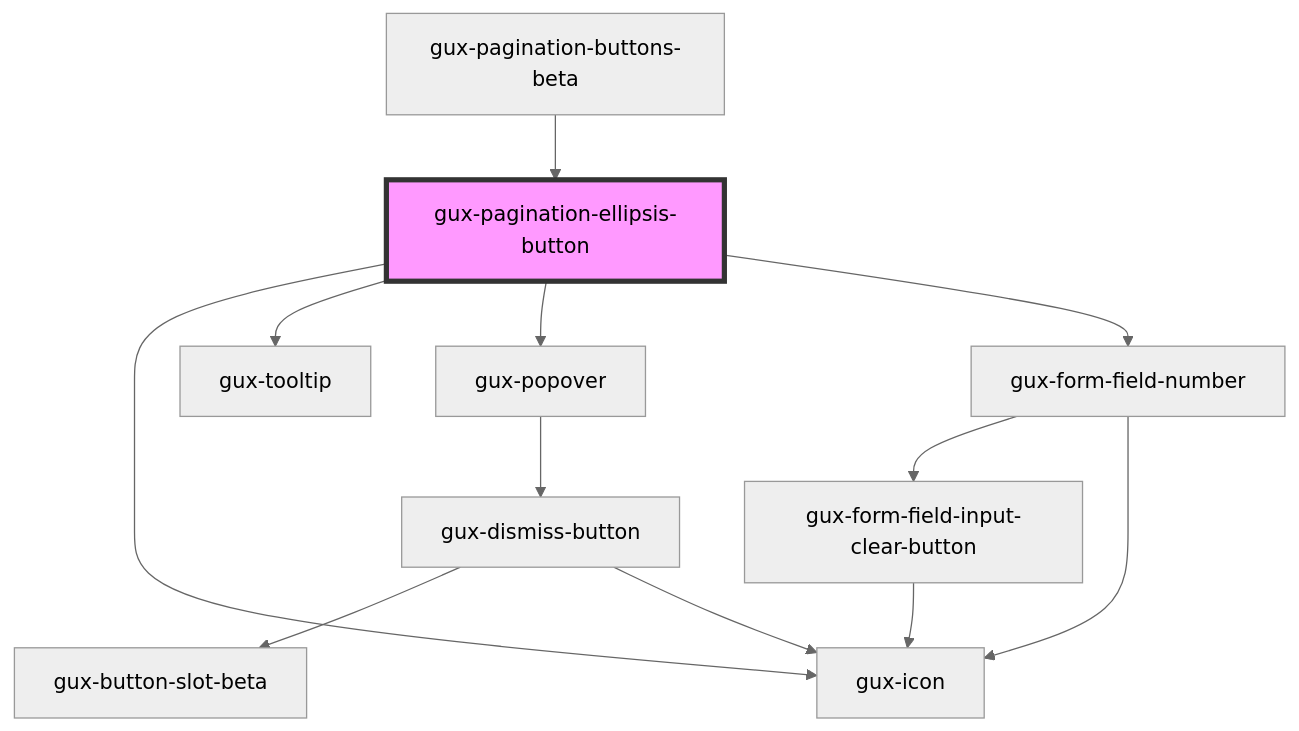
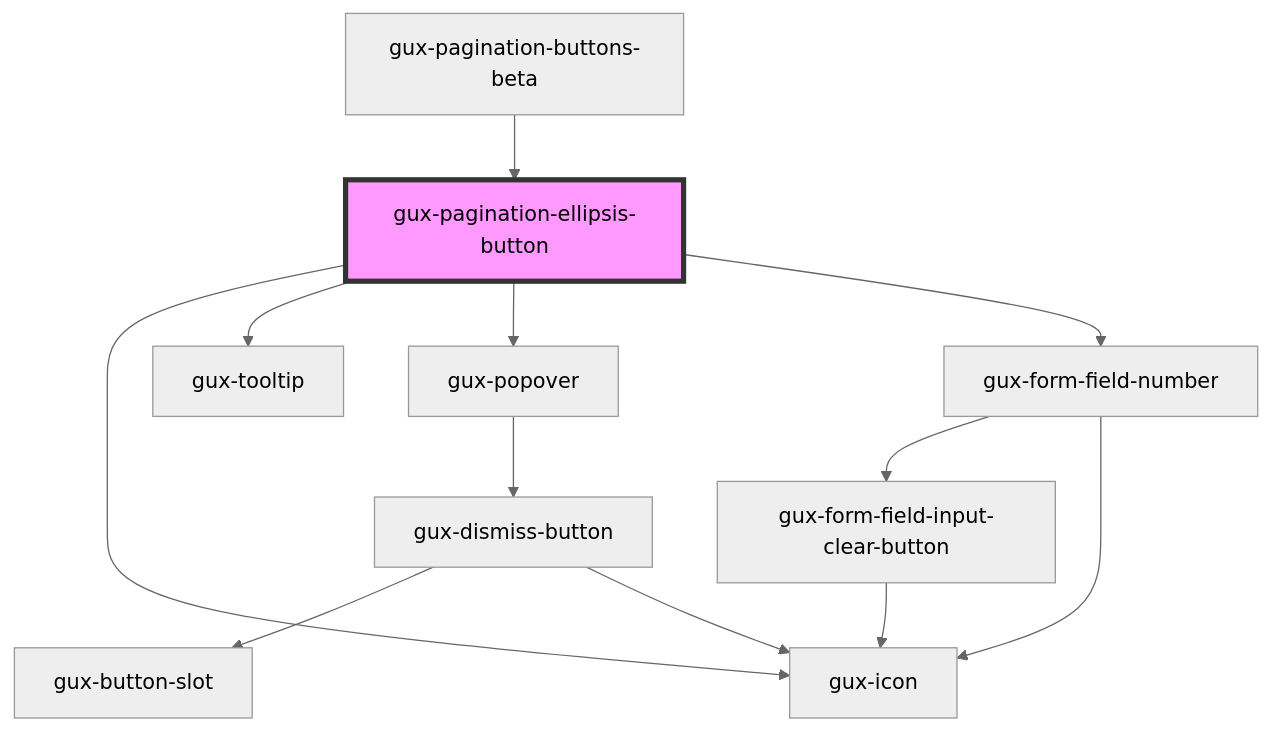
The diagram in packages/genesys-spark-components/src/components/beta/gux-pagination-beta/gux-pagination-buttons-beta/gux-pagination-ellipsis-button/readme.md (MyPureCloud/genesys-spark), drawn with Mermaid (neutral theme) before and after one commit. The commit also changed 73 other files, not shown here.

First line of the commit message:
refactor(gux-button-slot): move to stable

````diff
--- a/packages/genesys-spark-components/src/components/beta/gux-pagination-beta/gux-pagination-buttons-beta/gux-pagination-ellipsis-button/readme.md
+++ b/packages/genesys-spark-components/src/components/beta/gux-pagination-beta/gux-pagination-buttons-beta/gux-pagination-ellipsis-button/readme.md
@@ -36,15 +36,15 @@
 ```mermaid
 graph TD;
   gux-pagination-ellipsis-button --> gux-icon
   gux-pagination-ellipsis-button --> gux-tooltip
   gux-pagination-ellipsis-button --> gux-popover
   gux-pagination-ellipsis-button --> gux-form-field-number
   gux-popover --> gux-dismiss-button
-  gux-dismiss-button --> gux-button-slot-beta
+  gux-dismiss-button --> gux-button-slot
   gux-dismiss-button --> gux-icon
   gux-form-field-number --> gux-form-field-input-clear-button
   gux-form-field-number --> gux-icon
   gux-form-field-input-clear-button --> gux-icon
   gux-pagination-buttons-beta --> gux-pagination-ellipsis-button
   style gux-pagination-ellipsis-button fill:#f9f,stroke:#333,stroke-width:4px
 ```
````
